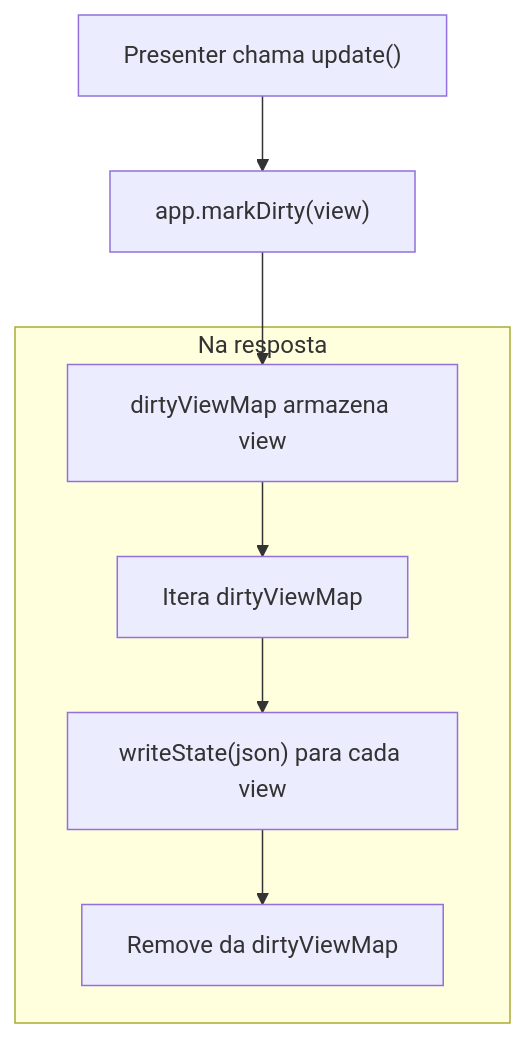
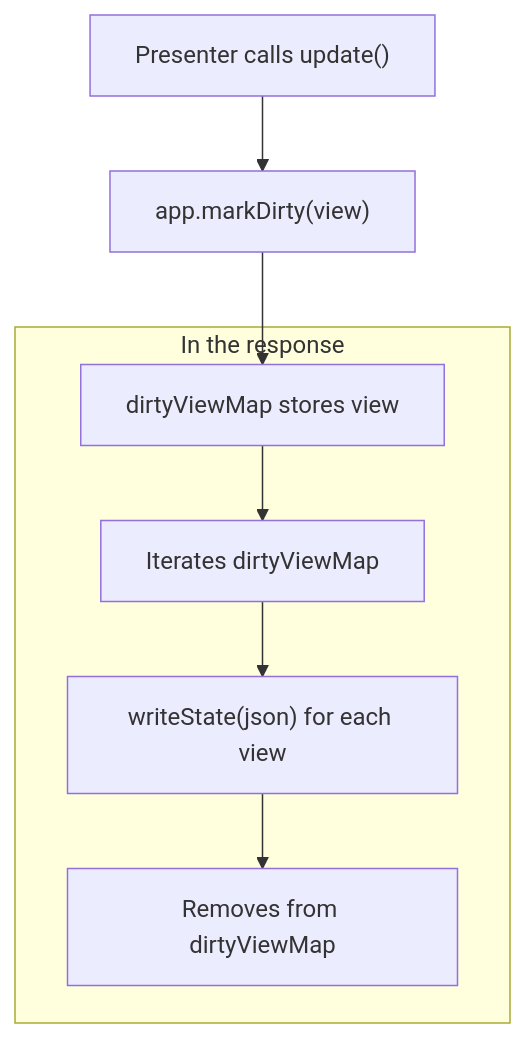
One commit to mrcdom/wdc-cube-kotlin changed the sixth of 9 diagrams in docs/architecture-react.md. Above: the diagram before and after it, drawn with Mermaid. The commit also changed other lines of this file and 10 other files, not shown here.

First line of the commit message:
docs: architecture docs and top-level READMEs in US English

````diff
--- a/docs/architecture-react.md
+++ b/docs/architecture-react.md
@@ -294,12 +294,12 @@
 ```mermaid
 graph TB
-    P["Presenter chama update()"]
+    P["Presenter calls update()"]
     P --> MD["app.markDirty(view)"]
-    MD --> DM["dirtyViewMap armazena view"]
+    MD --> DM["dirtyViewMap stores view"]
 
-    subgraph "Na resposta"
-        DM --> IT["Itera dirtyViewMap"]
-        IT --> WS["writeState(json) para cada view"]
-        WS --> CL["Remove da dirtyViewMap"]
+    subgraph "In the response"
+        DM --> IT["Iterates dirtyViewMap"]
+        IT --> WS["writeState(json) for each view"]
+        WS --> CL["Removes from dirtyViewMap"]
     end
 ```
````
